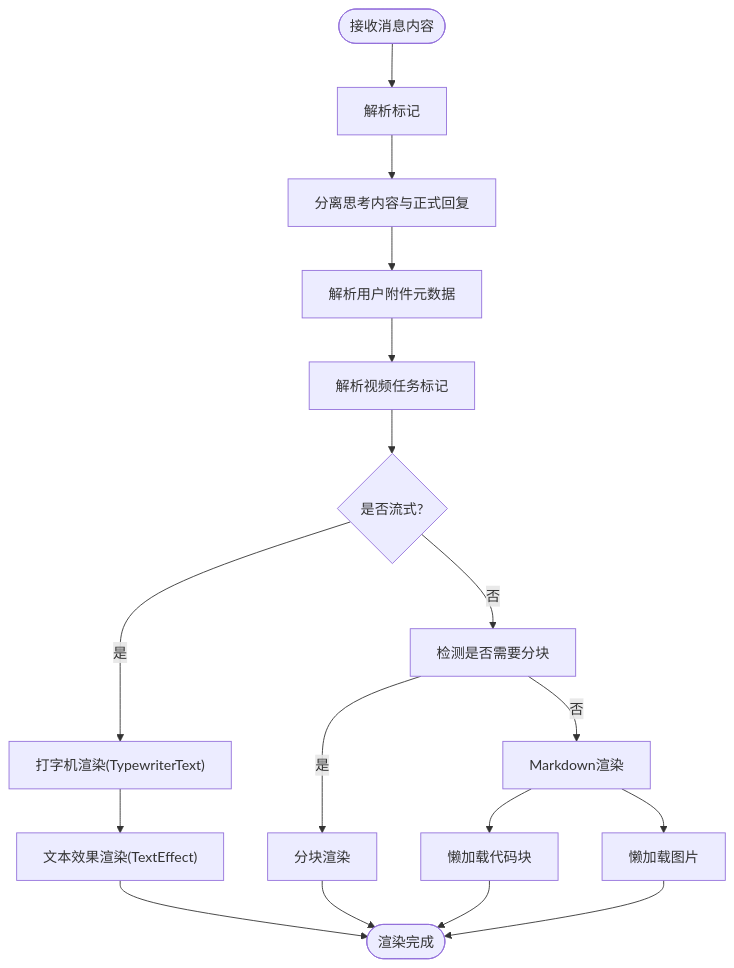
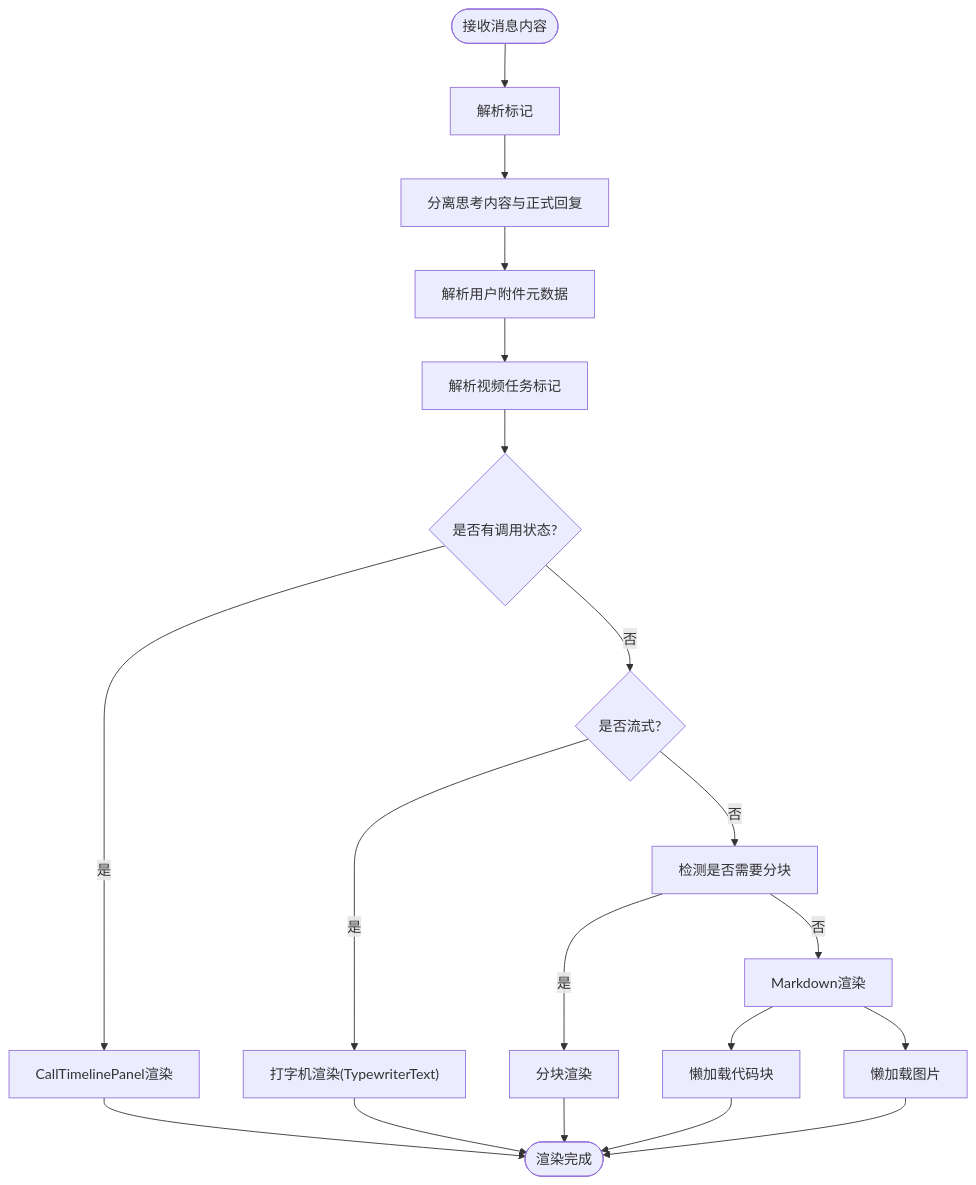
The fourth of 16 diagrams in .qoder/repowiki/zh/content/系统架构/前端架构/组件架构/AI助手组件/AI助手组件.md (KunLabAI/KunFlix), drawn with Mermaid before and after one commit. The commit also changed other lines of this file and 18 other files, not shown here.

````diff
--- a/.qoder/repowiki/zh/content/系统架构/前端架构/组件架构/AI助手组件/AI助手组件.md
+++ b/.qoder/repowiki/zh/content/系统架构/前端架构/组件架构/AI助手组件/AI助手组件.md
@@ -273,19 +278,21 @@
 ```mermaid
 flowchart TD
 In(["接收消息内容"]) --> ParseThink["解析<think>标记"]
 ParseThink --> Split["分离思考内容与正式回复"]
 Split --> ParseAttach["解析用户附件元数据"]
 ParseAttach --> ParseVideo["解析视频任务标记"]
-ParseVideo --> DecideRender{"是否流式?"}
+ParseVideo --> CheckCalls{"是否有调用状态?"}
+CheckCalls --> |是| CallTimeline["CallTimelinePanel渲染"]
+CheckCalls --> |否| DecideRender{"是否流式?"}
 DecideRender --> |是| Typewriter["打字机渲染(TypewriterText)"]
 DecideRender --> |否| ChunkCheck["检测是否需要分块"]
 ChunkCheck --> |是| ChunkRender["分块渲染"]
 ChunkCheck --> |否| Markdown["Markdown渲染"]
 Markdown --> LazyCode["懒加载代码块"]
 Markdown --> LazyImg["懒加载图片"]
-Typewriter --> TextEffect["文本效果渲染(TextEffect)"]
-TextEffect --> RenderDone(["渲染完成"])
+CallTimeline --> RenderDone(["渲染完成"])
+Typewriter --> RenderDone
 ChunkRender --> RenderDone
 LazyCode --> RenderDone
 LazyImg --> RenderDone
 ```
````
